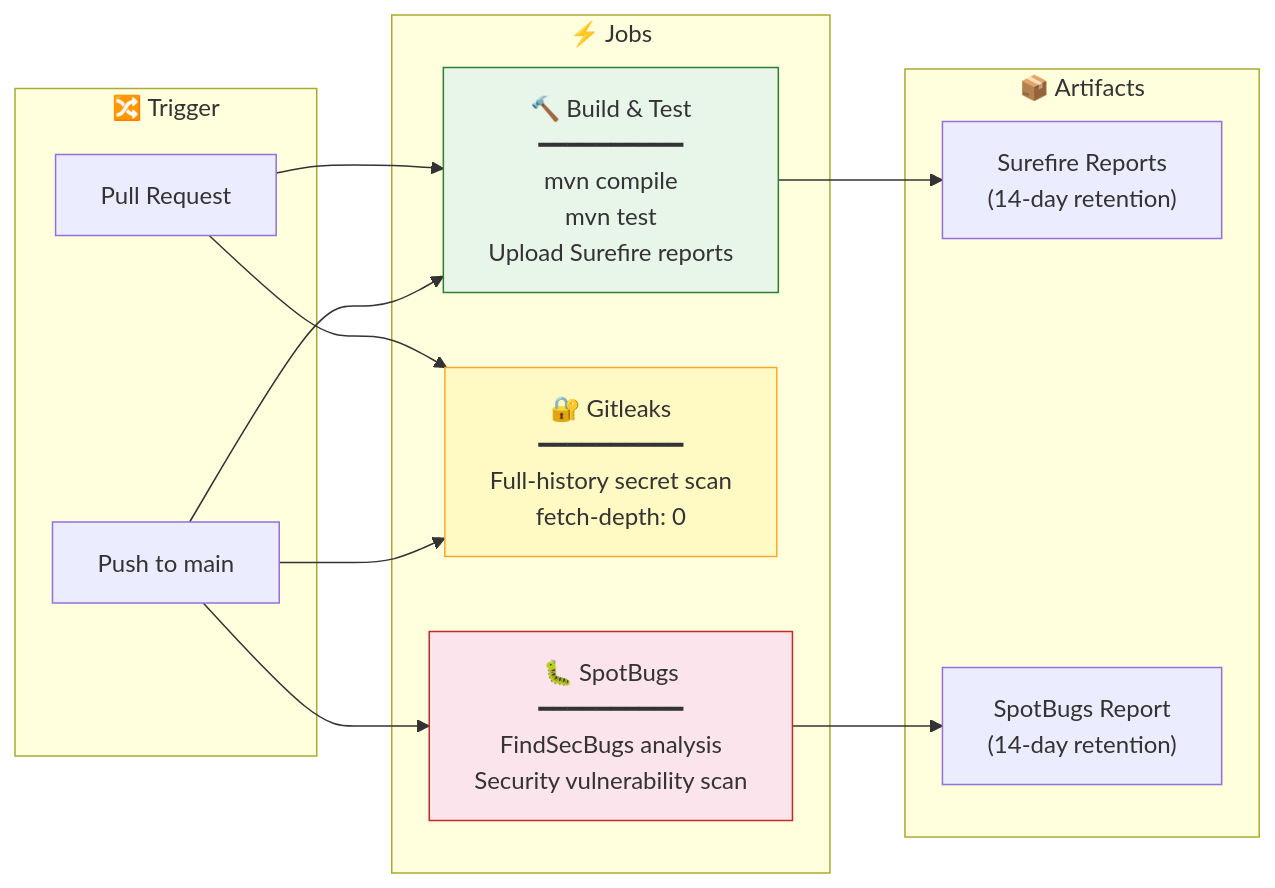
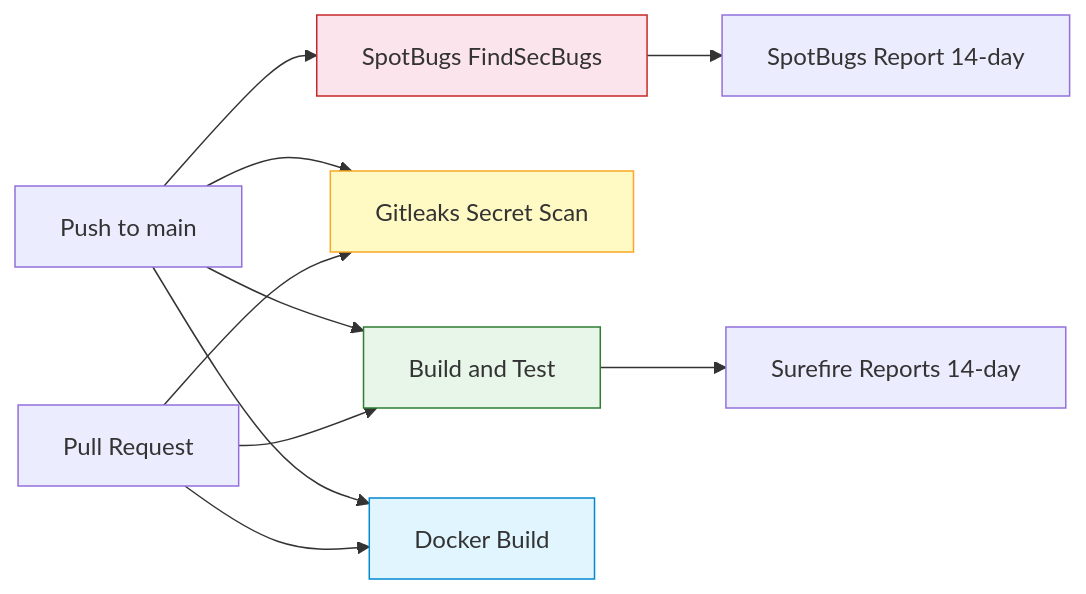
Before and after one commit to johngech/finance-tracker-api: the seventh of 7 diagrams in README.md, drawn with Mermaid. The commit also changed other lines of this file, not shown here.

````diff
--- a/README.md
+++ b/README.md
@@ -565,27 +615,19 @@
 ```mermaid
 graph LR
-    subgraph "🔀 Trigger"
-        PUSH["Push to main"]
-        PR["Pull Request"]
-    end
+    PUSH["Push to main"] --> BUILD["Build and Test"]
+    PUSH --> GITLEAKS["Gitleaks Secret Scan"]
+    PUSH --> SPOTBUGS["SpotBugs FindSecBugs"]
+    PUSH --> DOCKER["Docker Build"]
 
-    subgraph "⚡ Jobs"
-        BUILD["🔨 Build & Test<br/>━━━━━━━━━━<br/>mvn compile<br/>mvn test<br/>Upload Surefire reports"]
-        GITLEAKS["🔐 Gitleaks<br/>━━━━━━━━━━<br/>Full-history secret scan<br/>fetch-depth: 0"]
-        SPOTBUGS["🐛 SpotBugs<br/>━━━━━━━━━━<br/>FindSecBugs analysis<br/>Security vulnerability scan"]
-    end
+    PR["Pull Request"] --> BUILD
+    PR --> GITLEAKS
+    PR --> DOCKER
 
-    subgraph "📦 Artifacts"
-        REPORTS["Surefire Reports<br/>(14-day retention)"]
-        SB_REPORT["SpotBugs Report<br/>(14-day retention)"]
-    end
-
-    PUSH --> BUILD & GITLEAKS & SPOTBUGS
-    PR --> BUILD & GITLEAKS
-    BUILD --> REPORTS
-    SPOTBUGS --> SB_REPORT
+    BUILD --> REPORTS["Surefire Reports 14-day"]
+    SPOTBUGS --> SB_REPORT["SpotBugs Report 14-day"]
 
     style BUILD fill:#e8f5e9,stroke:#2e7d32
     style GITLEAKS fill:#fff9c4,stroke:#f9a825
     style SPOTBUGS fill:#fce4ec,stroke:#c62828
+    style DOCKER fill:#e1f5fe,stroke:#0288d1
 ```
````
